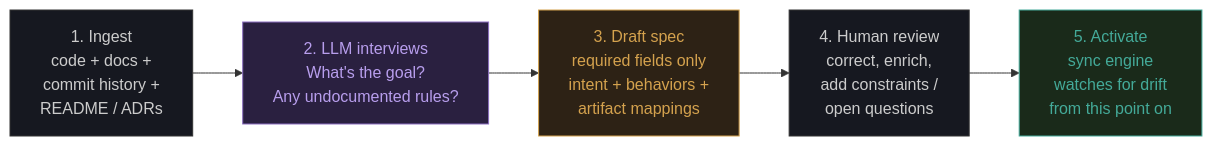
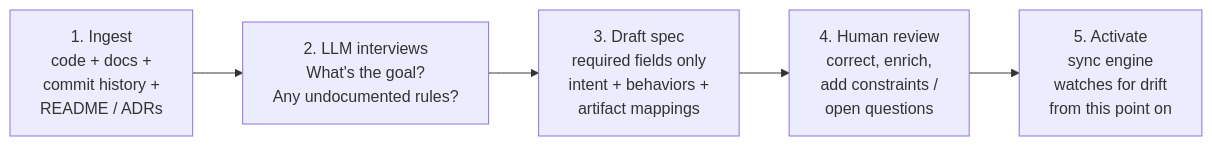
Diagram 13 of 13 in docs-site/src/content/docs/background/design-diagrams.md (davidroeca/NotarAI), drawn with Mermaid before and after one commit. The commit also changed other lines of this file and 12 other files, not shown here.

First line of the commit message:
Update docs site - mermaid rendering

````diff
--- a/docs-site/src/content/docs/background/design-diagrams.md
+++ b/docs-site/src/content/docs/background/design-diagrams.md
@@ -410,16 +333,10 @@
 ```mermaid
 flowchart LR
     S1["1. Ingest<br/>code + docs +<br/>commit history +<br/>README / ADRs"]
     S2["2. LLM interviews<br/>What's the goal?<br/>Any undocumented rules?"]
     S3["3. Draft spec<br/>required fields only<br/>intent + behaviors +<br/>artifact mappings"]
     S4["4. Human review<br/>correct, enrich,<br/>add constraints /<br/>open questions"]
     S5["5. Activate<br/>sync engine<br/>watches for drift<br/>from this point on"]
 
     S1 --> S2 --> S3 --> S4 --> S5
-
-    style S1 fill:#161820,stroke:#333,color:#ccc
-    style S2 fill:#2a2040,stroke:#8b6fc0,color:#b89eed
-    style S3 fill:#2d2215,stroke:#d4a24e,color:#d4a24e
-    style S4 fill:#161820,stroke:#333,color:#ccc
-    style S5 fill:#1a2a1a,stroke:#4a9,color:#4a9
 ```
````
